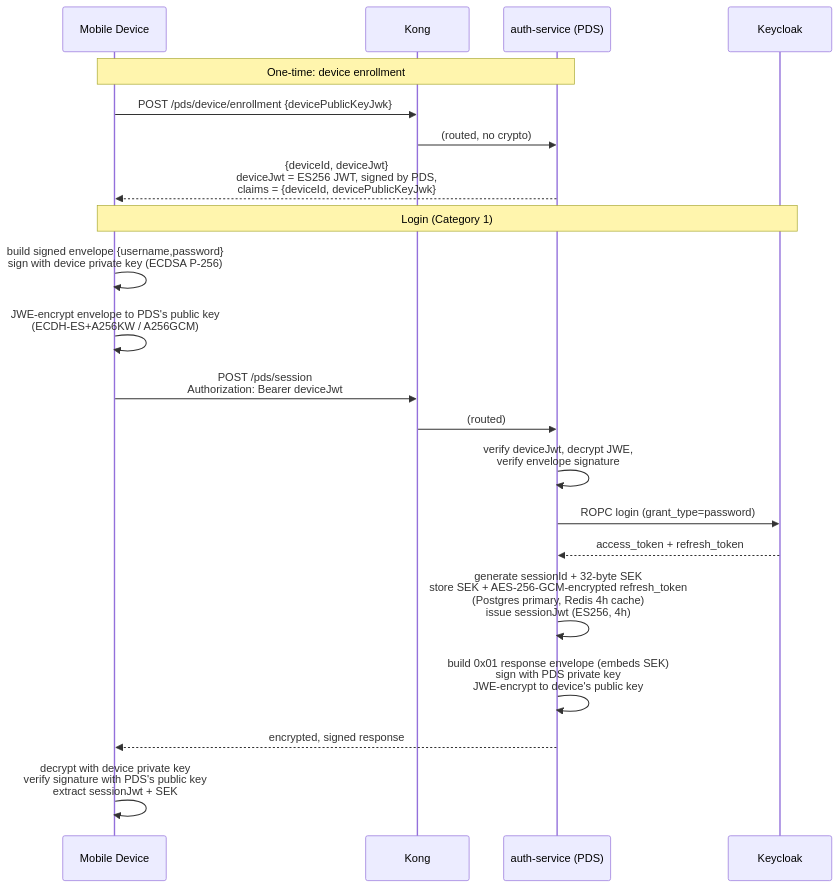
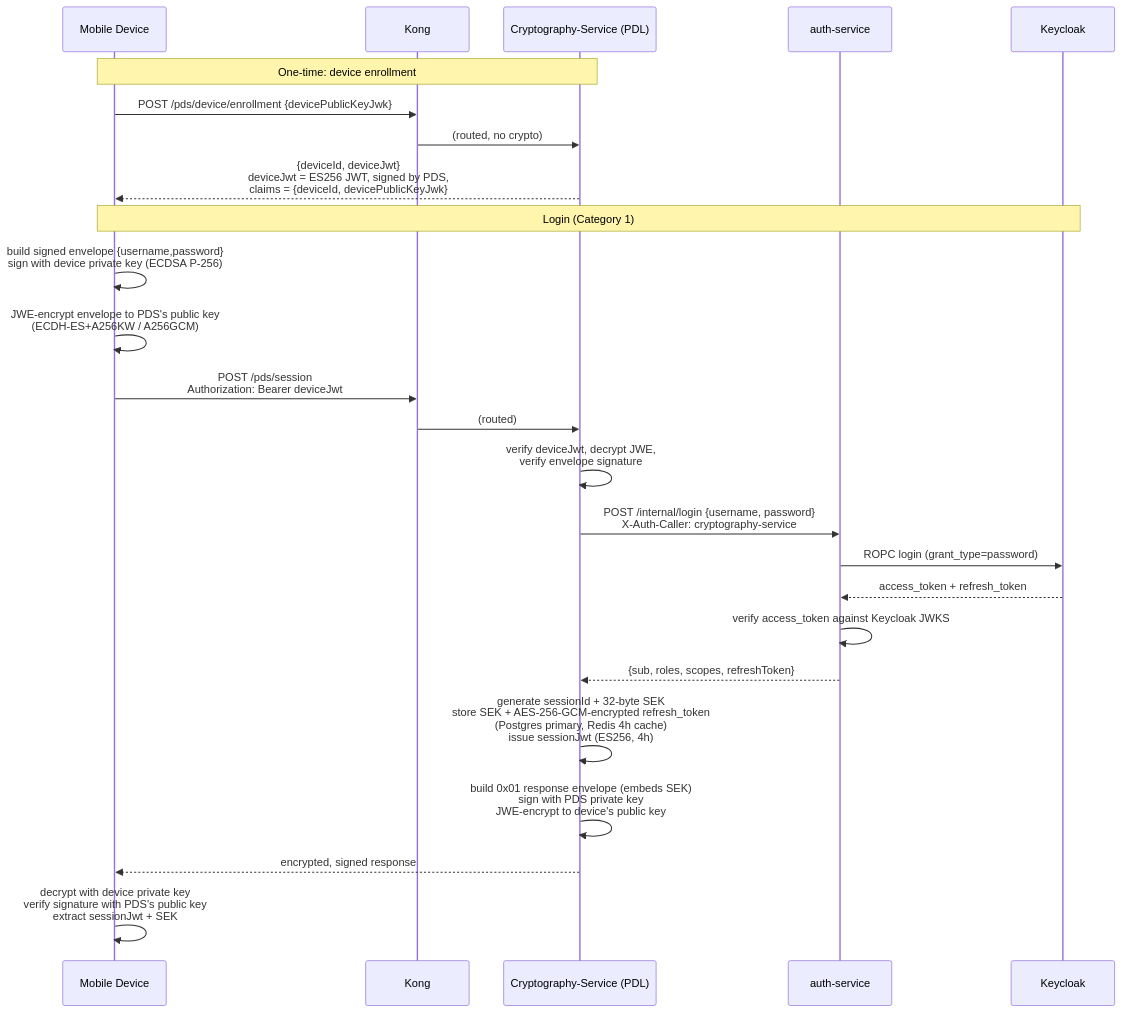
One commit to PinThapanawat/kong-custom-auth-poc changed the first of 3 diagrams in docs/encryption-workflow.md. Above: the diagram before and after it, drawn with Mermaid. The commit also changed other lines of this file and 13 other files, not shown here.

````diff
--- a/docs/encryption-workflow.md
+++ b/docs/encryption-workflow.md
@@ -34,25 +39,29 @@
 ```mermaid
 sequenceDiagram
     participant Device as Mobile Device
     participant Kong
-    participant PDS as auth-service (PDS)
+    participant PDS as Cryptography-Service (PDL)
+    participant Auth as auth-service
     participant Keycloak
 
     Note over Device,PDS: One-time: device enrollment
     Device->>Kong: POST /pds/device/enrollment {devicePublicKeyJwk}
     Kong->>PDS: (routed, no crypto)
     PDS-->>Device: {deviceId, deviceJwt}<br/>deviceJwt = ES256 JWT, signed by PDS,<br/>claims = {deviceId, devicePublicKeyJwk}
 
     Note over Device,Keycloak: Login (Category 1)
     Device->>Device: build signed envelope {username,password}<br/>sign with device private key (ECDSA P-256)
     Device->>Device: JWE-encrypt envelope to PDS's public key<br/>(ECDH-ES+A256KW / A256GCM)
     Device->>Kong: POST /pds/session<br/>Authorization: Bearer deviceJwt
     Kong->>PDS: (routed)
     PDS->>PDS: verify deviceJwt, decrypt JWE,<br/>verify envelope signature
-    PDS->>Keycloak: ROPC login (grant_type=password)
-    Keycloak-->>PDS: access_token + refresh_token
+    PDS->>Auth: POST /internal/login {username, password}<br/>X-Auth-Caller: cryptography-service
+    Auth->>Keycloak: ROPC login (grant_type=password)
+    Keycloak-->>Auth: access_token + refresh_token
+    Auth->>Auth: verify access_token against Keycloak JWKS
+    Auth-->>PDS: {sub, roles, scopes, refreshToken}
     PDS->>PDS: generate sessionId + 32-byte SEK<br/>store SEK + AES-256-GCM-encrypted refresh_token<br/>(Postgres primary, Redis 4h cache)<br/>issue sessionJwt (ES256, 4h)
     PDS->>PDS: build 0x01 response envelope (embeds SEK)<br/>sign with PDS private key<br/>JWE-encrypt to device's public key
     PDS-->>Device: encrypted, signed response
     Device->>Device: decrypt with device private key<br/>verify signature with PDS's public key<br/>extract sessionJwt + SEK
 ```
````
